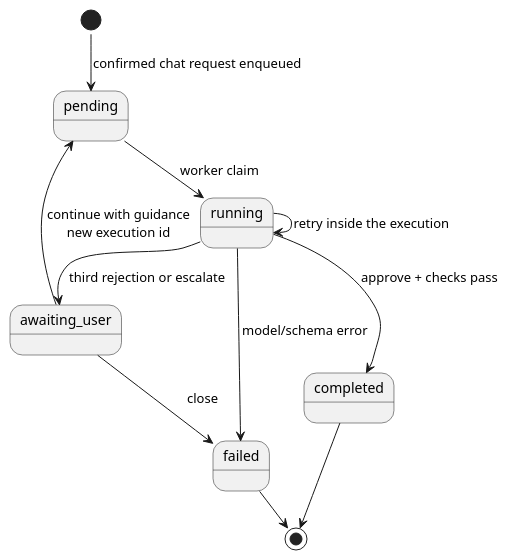
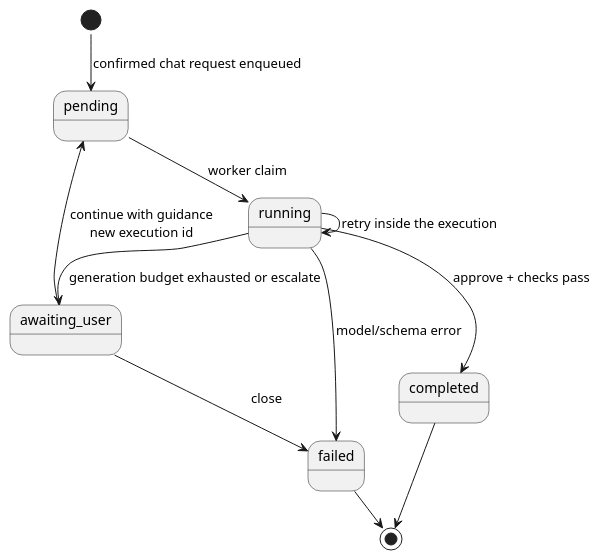
One commit to gdpe-franco/ai-coding-agent-pipeline changed the sixth of 7 diagrams in docs/architecture.md. Above: the diagram before and after it, drawn with PlantUML. The commit also changed other lines of this file and 25 other files, not shown here.

````diff
--- a/docs/architecture.md
+++ b/docs/architecture.md
@@ -396,17 +394,17 @@
 ```puml
 @startuml
 !pragma layout smetana
 skinparam backgroundColor white
 skinparam shadowing false
 [*] --> pending : confirmed chat request enqueued
 pending --> running : worker claim
 running --> running : retry inside the execution
 running --> completed : approve + checks pass
-running --> awaiting_user : third rejection or escalate
+running --> awaiting_user : generation budget exhausted or escalate
 running --> failed : model/schema error
 awaiting_user --> pending : continue with guidance\nnew execution id
 awaiting_user --> failed : close
 completed --> [*]
 failed --> [*]
 @enduml
 ```
````
